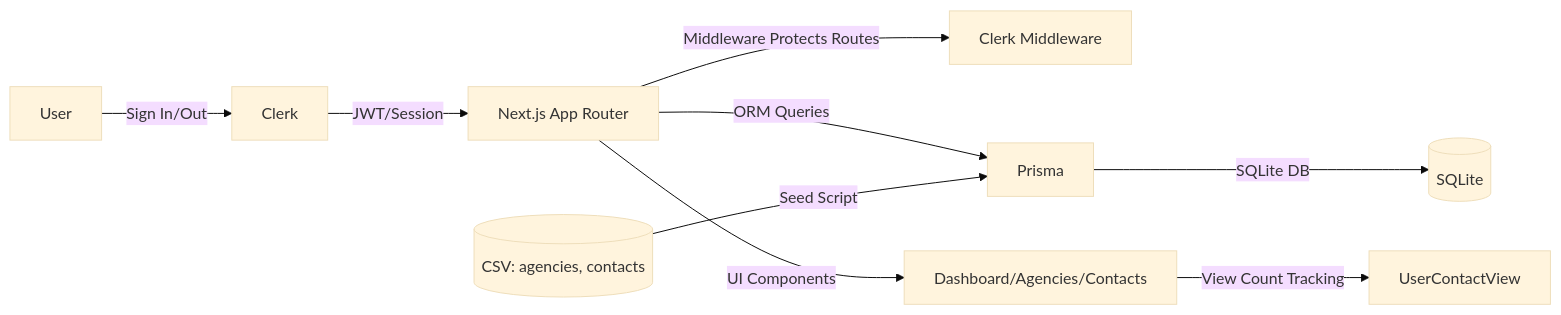
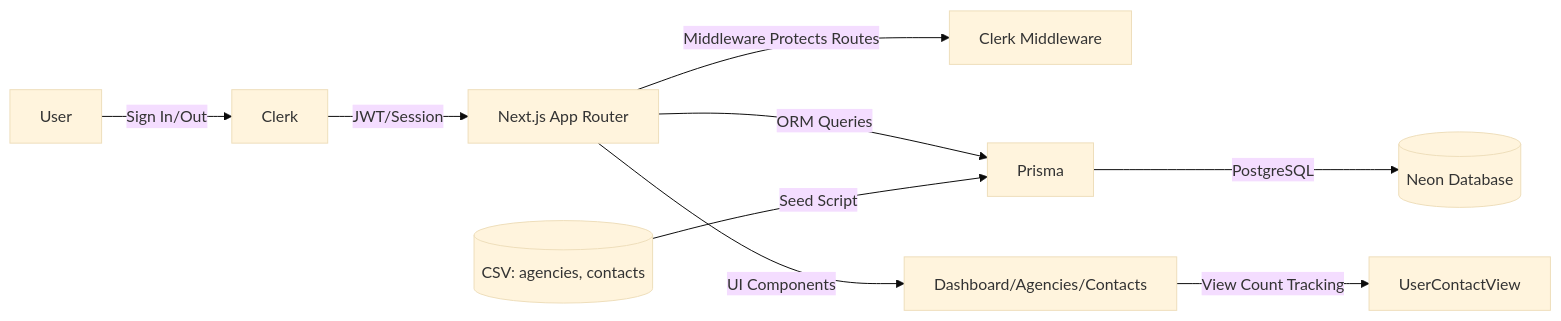
The diagram in README.md (oelbouha/dashboard), drawn with Mermaid (base theme) before and after one commit. The commit also changed other lines of this file, not shown here.

Commit message:
Update README: PostgreSQL migration, Vercel deployment, troubleshooting

````diff
--- a/README.md
+++ b/README.md
@@ -21,11 +67,11 @@
 ```mermaid
 flowchart LR
 	U[User] -- Sign In/Out --> Clerk
 	Clerk -- JWT/Session --> NextJS[Next.js App Router]
 	NextJS -- Middleware Protects Routes --> MW[Clerk Middleware]
 	NextJS -- ORM Queries --> Prisma
-	Prisma -- SQLite DB --> DB[(SQLite)]
+	Prisma -- PostgreSQL --> DB[(Neon Database)]
 	NextJS -- UI Components --> Pages[Dashboard/Agencies/Contacts]
 	Pages -- View Count Tracking --> UCV[UserContactView]
 	CSVs[(CSV: agencies, contacts)] -- Seed Script --> Prisma
 ```
````
